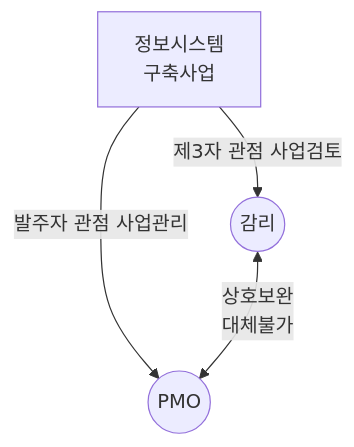
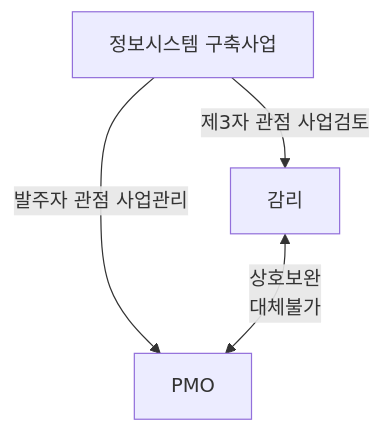
The diagram in blog/pe/pm/supervision-pmo.md (gracefullight/gracefullight.github.io), drawn with Mermaid before and after one commit. The commit also changed other lines of this file, not shown here.

Commit message:
docs(pe): 📚️ supervision pmo

````diff
--- a/blog/pe/pm/supervision-pmo.md
+++ b/blog/pe/pm/supervision-pmo.md
@@ -13,11 +13,9 @@
 ```mermaid
 graph TB
-  정보시스템구축사업[정보시스템\n구축사업]
-  감리((감리))
-  PMO((PMO))
+  정보시스템구축사업[정보시스템 구축사업]
 
   정보시스템구축사업 -->|제3자 관점 사업검토| 감리
   정보시스템구축사업 -->|발주자 관점 사업관리| PMO
 
-  감리 <-->|상호보완\n대체불가| PMO
+  감리 <-->|상호보완<br/>대체불가| PMO
 ```
````
